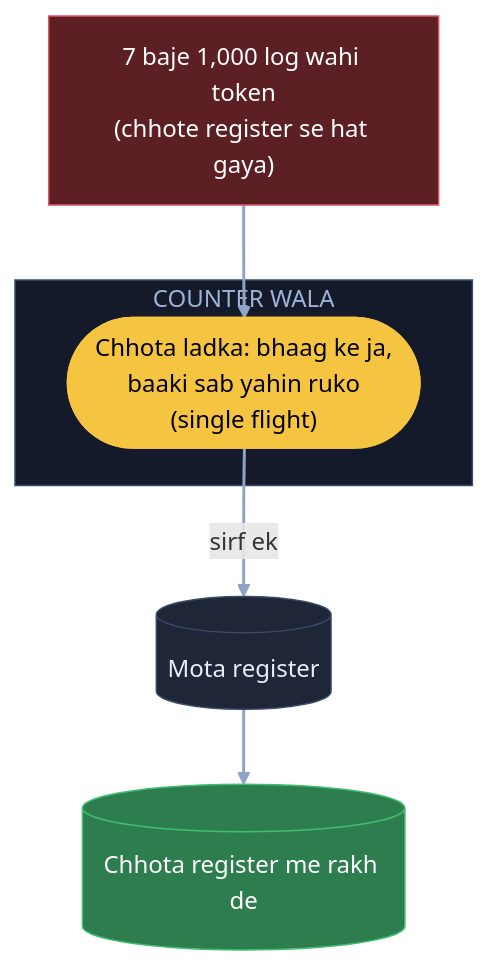
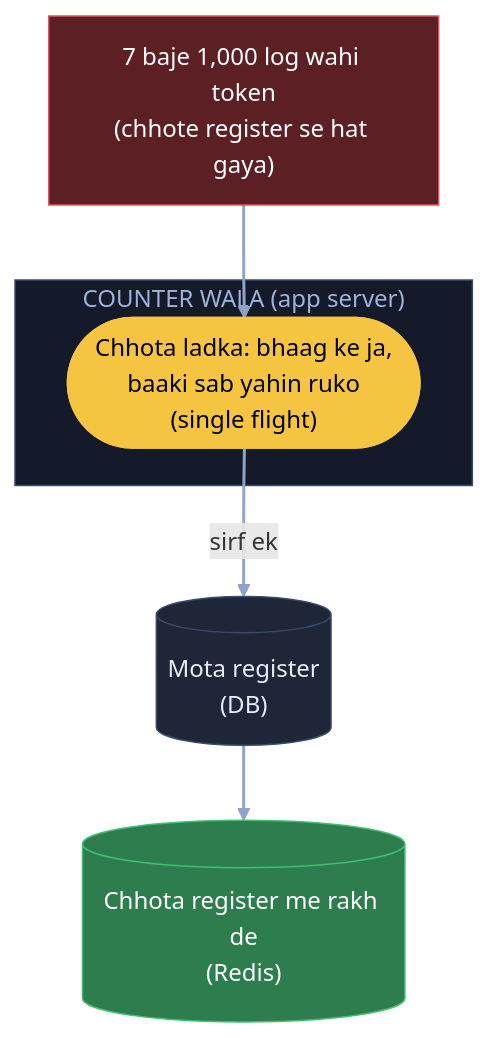
One commit to ArpanMaheshwari144/Prep changed the fifth of 14 diagrams in 04_HLD/SYSTEM_DESIGNS/01_url_shortener/01_url_shortener.md. Above: the diagram before and after it, drawn with Mermaid. The commit also changed other lines of this file and 1 other file, not shown here.

Commit message:
URL main = hand notes + har kadam ka diagram (kahani shabd, bracket me naam); build_main.py se banti

````diff
--- a/04_HLD/SYSTEM_DESIGNS/01_url_shortener/01_url_shortener.md
+++ b/04_HLD/SYSTEM_DESIGNS/01_url_shortener/01_url_shortener.md
@@ -194,18 +179,18 @@
 ```mermaid
 flowchart TB
     U["7 baje 1,000 log wahi token<br/>(chhote register se hat gaya)"]:::bad
-    subgraph CW["COUNTER WALA"]
+    subgraph CW["COUNTER WALA (app server)"]
         K(["Chhota ladka: bhaag ke ja,<br/>baaki sab yahin ruko<br/>(single flight)"]):::pill
     end
-    D[("Mota register")]:::card
-    R[("Chhota register me rakh de")]:::good
+    D[("Mota register<br/>(DB)")]:::card
+    R[("Chhota register me rakh de<br/>(Redis)")]:::good
     U --> K
     K -- "sirf ek" --> D
     D --> R
     linkStyle default stroke:#8fa3c7,stroke-width:2px
     classDef card fill:#1e2638,stroke:#3a4a6b,color:#e8ecf5
     classDef pill fill:#f5c542,stroke:#f5c542,color:#000
     classDef good fill:#2e7d4f,stroke:#3fbf6f,color:#fff
     classDef bad fill:#5c1f24,stroke:#e05561,color:#fff
     style CW fill:#141a29,stroke:#3a4a6b,color:#9fb3d9
 ```
````
